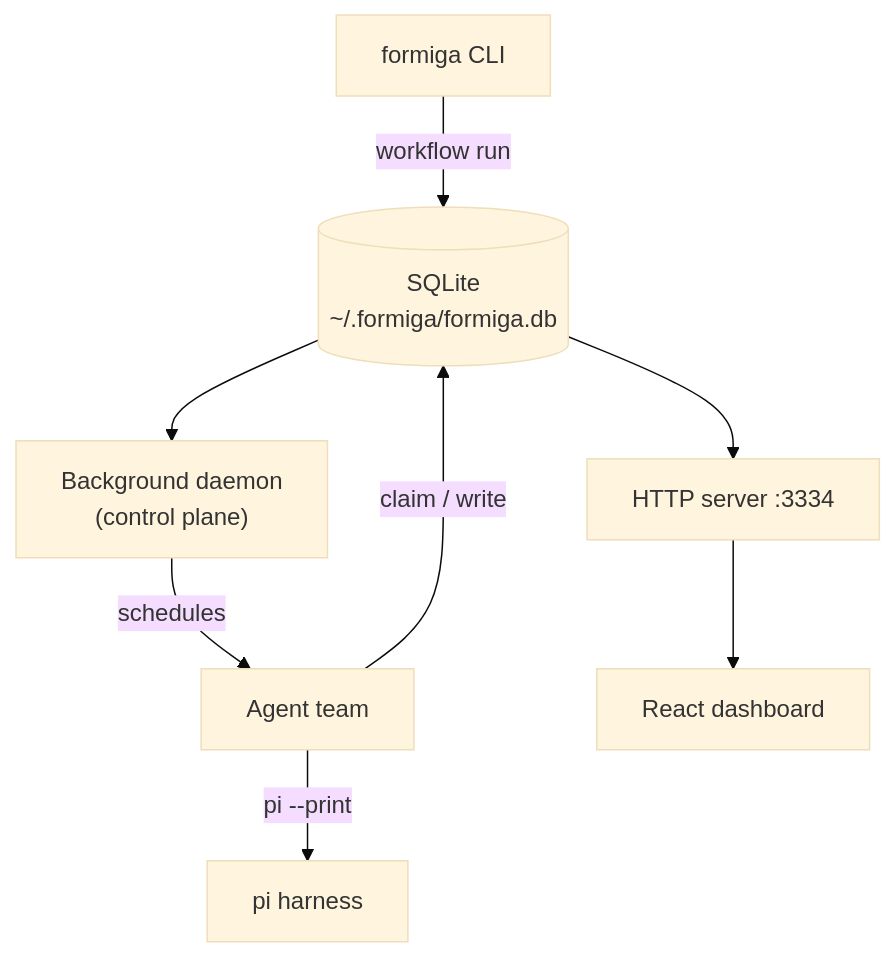
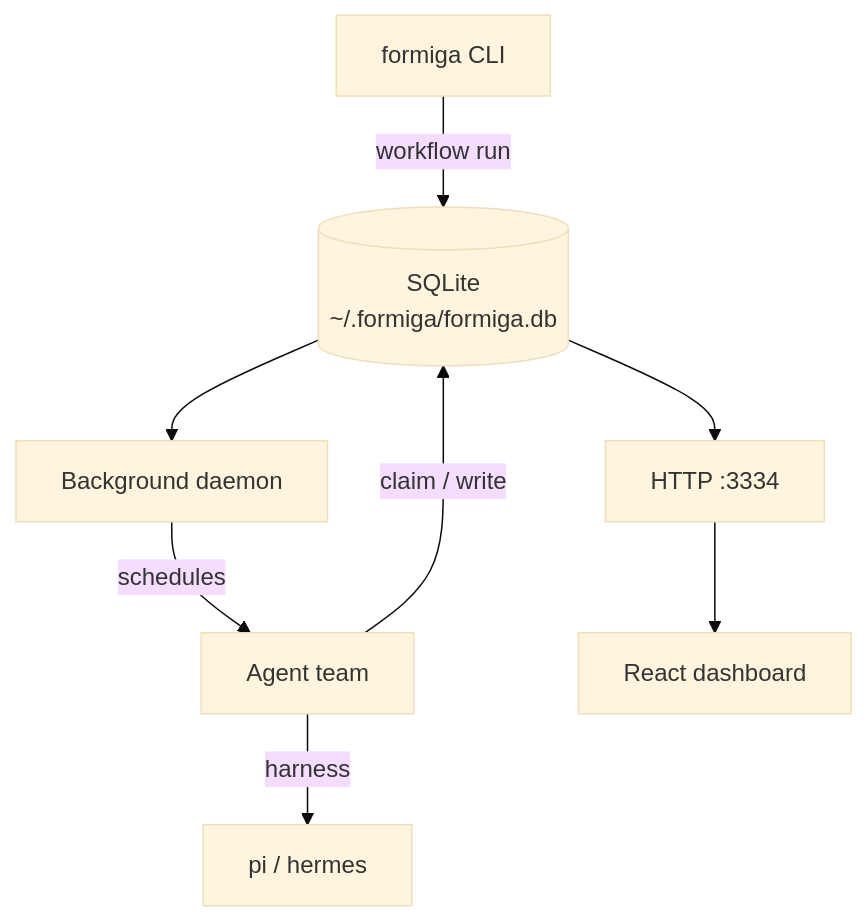
Before and after one commit to PJarbas/formiga: the second of 2 diagrams in README.md, drawn with Mermaid (base theme). The commit also changed other lines of this file and 17 other files, not shown here.

First line of the commit message:
fix: audit 6599978a — event dedup, arena stuck detection, metric inference, heartbeat backoff, reasoning fallbacks, dynamic pipeline flow, artifact auto-registration

````diff
--- a/README.md
+++ b/README.md
@@ -126,10 +177,10 @@
 ```mermaid
 flowchart TB
     CLI["formiga CLI"] -->|workflow run| DB[("SQLite<br/>~/.formiga/formiga.db")]
-    DB --> Daemon["Background daemon<br/>(control plane)"]
+    DB --> Daemon["Background daemon"]
     Daemon -->|schedules| Agents["Agent team"]
-    Agents -->|"pi --print"| Harness["pi harness"]
+    Agents -->|harness| Harness["pi / hermes"]
     Agents -->|claim / write| DB
-    DB --> Server["HTTP server :3334"]
+    DB --> Server["HTTP :3334"]
     Server --> Dash["React dashboard"]
 ```
````
